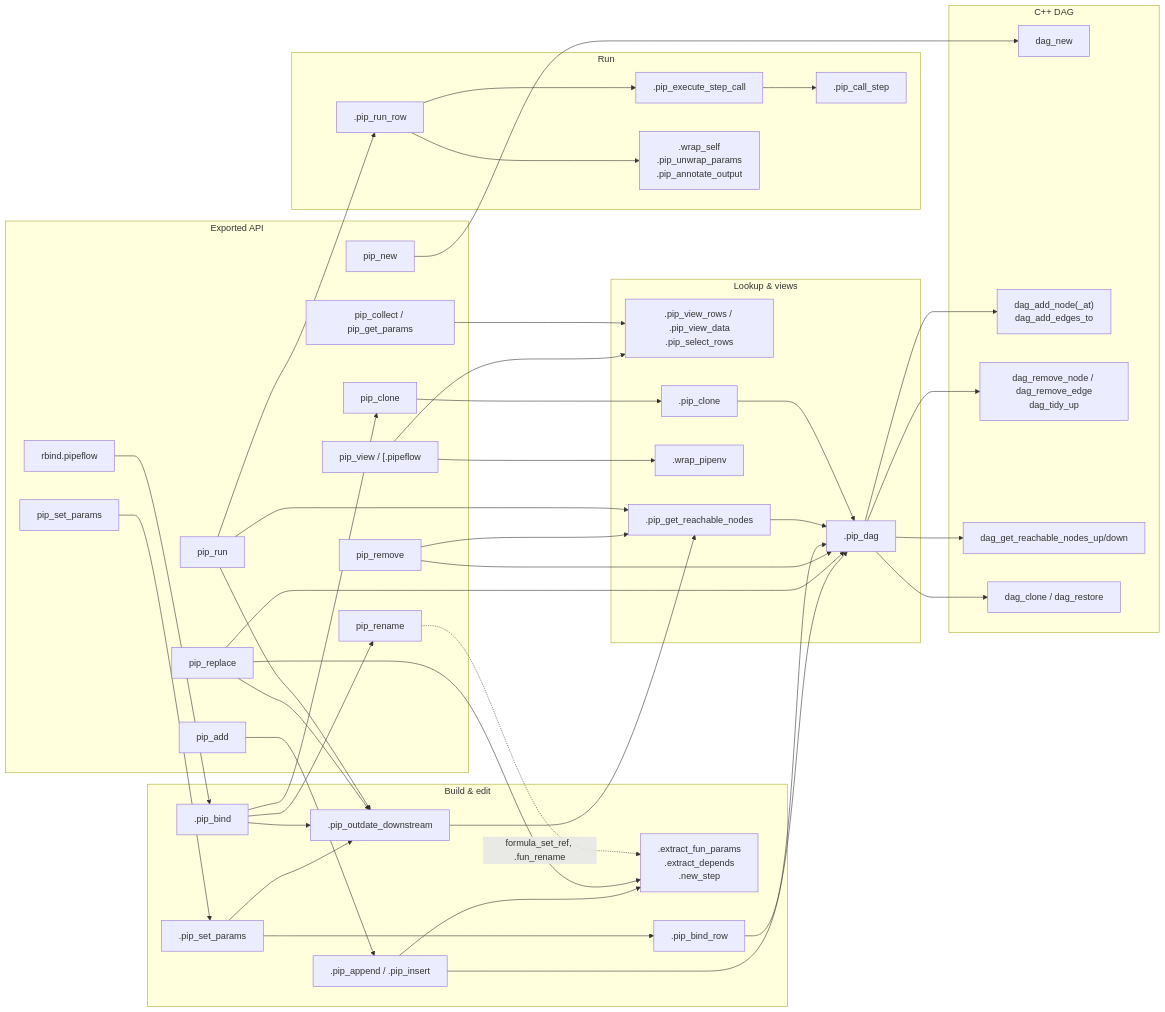
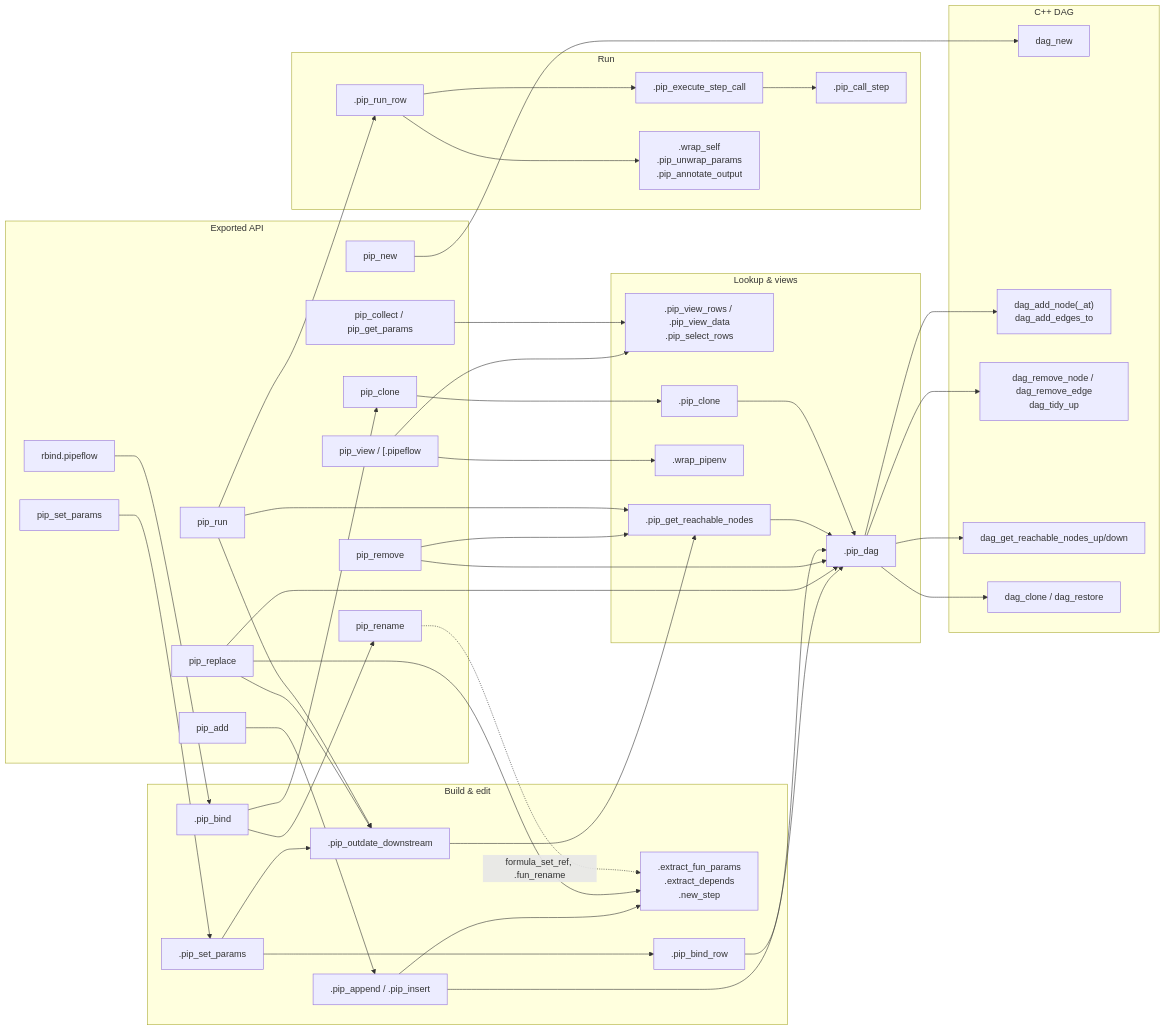
Before and after one commit to rpahl/pipeflow: the third of 8 diagrams in dev/pipeflow.md, drawn with Mermaid. The commit also changed other lines of this file and 4 other files, not shown here.

````diff
--- a/dev/pipeflow.md
+++ b/dev/pipeflow.md
@@ -153,75 +154,74 @@
 ```mermaid
 flowchart LR
     subgraph API["Exported API"]
         new["pip_new"]
         add["pip_add"]
         rep["pip_replace"]
         rem["pip_remove"]
         ren["pip_rename"]
         set["pip_set_params"]
         rbd["rbind.pipeflow"]
         run["pip_run"]
         view["pip_view / [.pipeflow"]
         cln["pip_clone"]
         get["pip_collect / pip_get_params"]
     end
 
     subgraph Build["Build & edit"]
         app[".pip_append / .pip_insert"]
         par[".extract_fun_params<br/>.extract_depends<br/>.new_step"]
         bnd[".pip_bind"]
         sp[".pip_set_params"]
         br[".pip_bind_row"]
         out[".pip_outdate_downstream"]
     end
 
     subgraph Run["Run"]
         rr[".pip_run_row"]
         ex[".pip_execute_step_call"]
         cs[".pip_call_step"]
         hooks[".wrap_self<br/>.pip_unwrap_params<br/>.pip_annotate_output"]
     end
 
     subgraph Access["Lookup & views"]
         vr[".pip_view_rows / .pip_view_data<br/>.pip_select_rows"]
         reach[".pip_get_reachable_nodes"]
         wrap[".wrap_pipenv"]
         pcl[".pip_clone"]
         dag[".pip_dag"]
     end
 
     subgraph Cpp["C++ DAG"]
         dnew["dag_new"]
         dadd["dag_add_node(_at)<br/>dag_add_edges_to"]
         drem["dag_remove_node / dag_remove_edge<br/>dag_tidy_up"]
         dreach["dag_get_reachable_nodes_up/down"]
         dcl["dag_clone / dag_restore"]
     end
 
     new --> dnew
     add --> app --> par
     app --> dag
     rep --> par
     rep --> out
     rep --> dag
     rem --> reach
     rem --> dag
     ren -. "formula_set_ref, .fun_rename" .-> par
     set --> sp --> br --> dag
     sp --> out --> reach --> dag
     rbd --> bnd --> cln
     bnd --> ren
-    bnd --> out
     run --> rr --> ex --> cs
     rr --> hooks
     run --> reach
     run --> out
     view --> vr
     view --> wrap
     cln --> pcl --> dag
     get --> vr
     dag --> dadd
     dag --> drem
     dag --> dreach
     dag --> dcl
 ```
````
